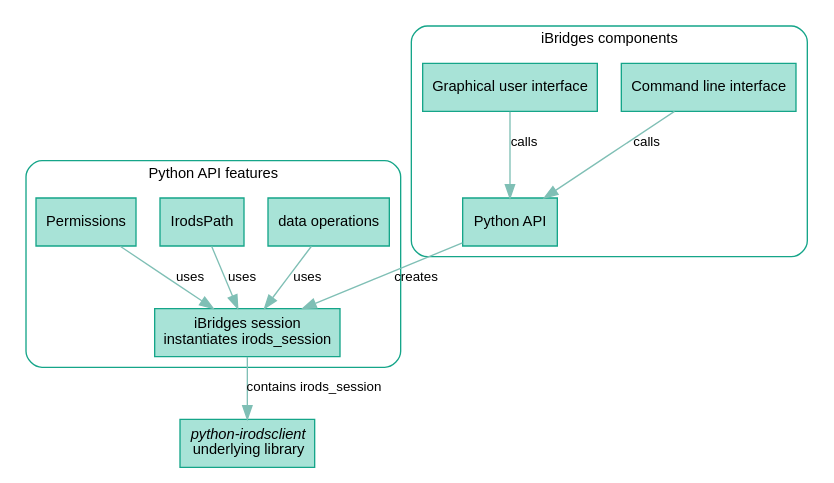
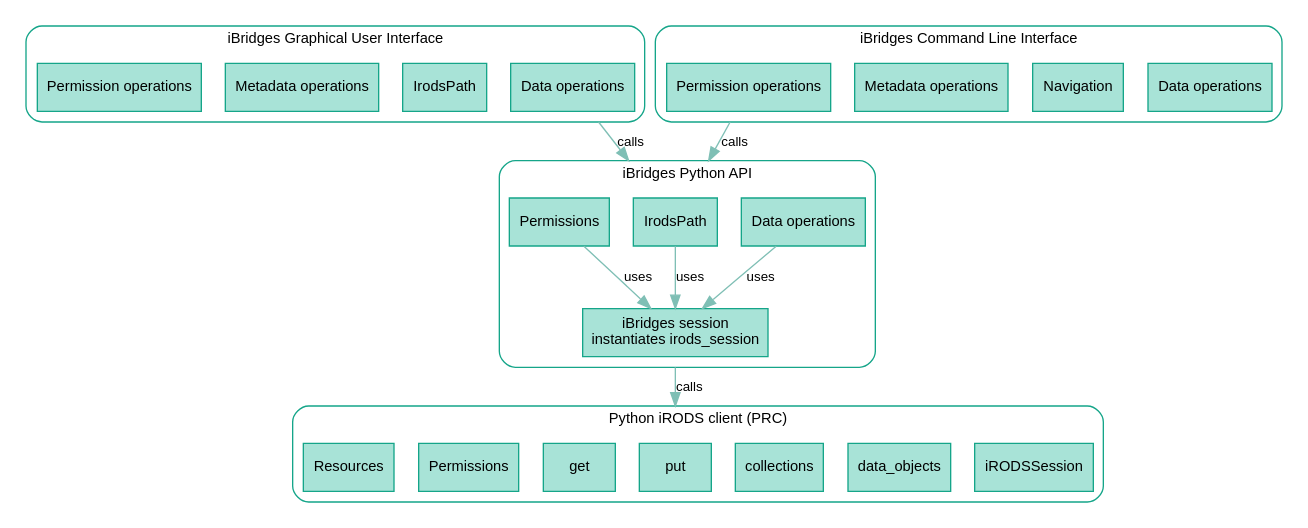
The second of 2 diagrams in book/introduction.qmd (iBridges-for-iRODS/iBridges-Training), drawn with Graphviz before and after one commit. The commit also changed 11 other files, not shown here.

````diff
--- a/book/introduction.qmd
+++ b/book/introduction.qmd
@@ -157,64 +157,75 @@
 ```{dot}
 //| label: fig-ibridges-prc
 //| fig-cap: Relationship between iBridges components, API features, and the python irods client.
 //| fig-align: center
+//| fig-width: 9
+digraph ibridges_prc {
+    compound=True;
+    rankdir=TD;   // top-down layout
 
-digraph ibridges_prc {
-
-    rankdir=TB;   // top-down layout
-
-    graph [fontsize=11, fontname="Arial"];
+    graph [fontsize=11, fontname="Arial", rank = TB, style=rounded, color="#15a589"];
     node  [
         shape=box,
         style=filled,
         color="#15a589",
         fillcolor="#a8e3d7",
         fontsize=11,
         fontname="Arial"
     ];
     edge [
         fontsize=10,
         fontname="Arial",
         color="#7fbfb5",
         penwidth=1
     ];
+    // Cluster for API features
+    subgraph cluster_api_features {
+        label="iBridges Python API";
 
-    // Cluster for user facing components
-    subgraph cluster_ibridges_ui {
-        label="iBridges components";
-        style=rounded;
-        color="#15a589";
-
-        API      [label="Python API"];
-        CLI      [label="Command line interface"];
-        GUI      [label="Graphical user interface"];
+        Session    [label="iBridges session\ninstantiates irods_session"];
+        DataOps    [label="Data operations"];
+        IrodsPath  [label="IrodsPath"];
+        Permissions[label="Permissions"]
     }
 
-    // Cluster for API features
-    subgraph cluster_api_features {
-        label="Python API features";
-        style=rounded;
-        color="#15a589";
+    subgraph cluster_gui_features {
+        label="iBridges Graphical User Interface";
 
-        Session    [label="iBridges session\ninstantiates irods_session"];
-        DataOps    [label="data operations"];
-        IrodsPath  [label="IrodsPath"];
-        Permissions[label="Permissions"];
+        GuiDataOps[label="Data operations"];
+        GuiIrodspath[label="IrodsPath"];
+        GuiMetadata[label="Metadata operations"];
+        GuiPermissions[label="Permission operations"]
     }
 
-    // python irods client
-    PRC [label=<<i>python-irodsclient</i><br/>underlying library>];
+    subgraph cluster_cli_features {
+        label="iBridges Command Line Interface";
 
-    // Relationships between UI components and API
-    CLI -> API [label="calls"];
-    GUI -> API [label="calls"];
+        CliDataOps[label="Data operations"];
+        CliNavigation[label="Navigation"];
+        CliMetadata[label="Metadata operations"];
+        CliPermissions[label="Permission operations"]
+    }
+
+    subgraph cluster_prc {
+        label="Python iRODS client (PRC)";
+        PrcSession[label="iRODSSession"];
+        PrcDataObjects[label="data_objects"];
+        PrcCollections[label="collections"];
+        PrcPut[label="put"];
+        PrcGet[label="get"];
+        PrcACLs[label="Permissions"];
+        PrcRescs[label="Resources"]
+    }
+
+
+    GuiDataOps -> IrodsPath[label="calls", ltail="cluster_gui_features", lhead="cluster_api_features"]
+    CliPermissions -> IrodsPath[label="calls", ltail="cluster_cli_features", lhead="cluster_api_features"]
 
     // Relationships inside API features
-    API       -> Session     [label="creates"];
     DataOps   -> Session     [label="uses"];
     IrodsPath -> Session     [label="uses"];
-    Permissions -> Session   [label="uses"];
-
-    Session   -> PRC         [label="contains irods_session"];
+    Permissions -> Session   [label="uses"]
+    
+    Session   -> PrcPut[label="calls", ltail="cluster_api_features", lhead="cluster_prc"];
 }
 ```
````
